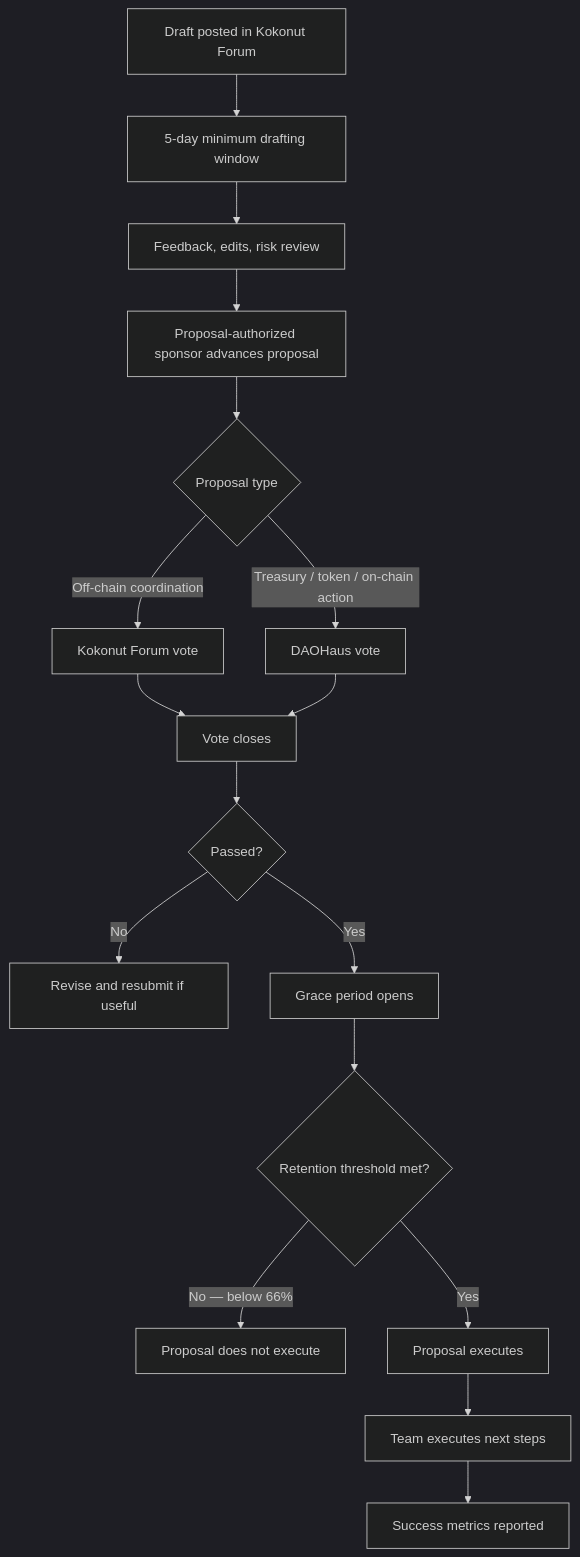
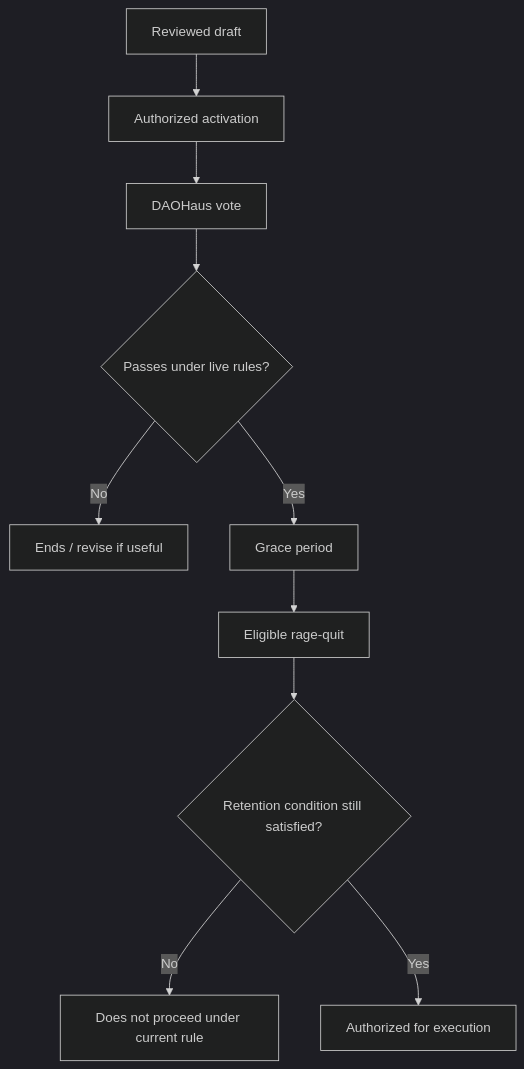
Before and after one commit to wasalo/Kokonut-Public-Site: the second of 3 diagrams in ecosystem-wiki/the-kokonut-dao/governance-framework.mdx, drawn with Mermaid (dark theme). The commit also changed other lines of this file, not shown here.

Commit message:
docs(kokonut-dao): improve governance decision process

````diff
--- a/ecosystem-wiki/the-kokonut-dao/governance-framework.mdx
+++ b/ecosystem-wiki/the-kokonut-dao/governance-framework.mdx
@@ -105,19 +273,15 @@
 ```mermaid
 flowchart TD
-    A["Draft posted in Kokonut Forum"] --> B["5-day minimum drafting window"]
-    B --> C["Feedback, edits, risk review"]
-    C --> D["Proposal-authorized sponsor advances proposal"]
-    D --> E{"Proposal type"}
-    E -->|"Off-chain coordination"| F["Kokonut Forum vote"]
-    E -->|"Treasury / token / on-chain action"| G["DAOHaus vote"]
-    F --> H["Vote closes"]
-    G --> H
-    H --> I{"Passed?"}
-    I -->|"No"| J["Revise and resubmit if useful"]
-    I -->|"Yes"| K["Grace period opens"]
-    K --> L{"Retention threshold met?"}
-    L -->|"No — below 66%"| M["Proposal does not execute"]
-    L -->|"Yes"| N["Proposal executes"]
-    N --> O["Team executes next steps"]
-    O --> P["Success metrics reported"]
+    A["Reviewed draft"] --> B["Authorized activation"]
+    B --> C["DAOHaus vote"]
+    C --> D{"Passes under live rules?"}
+
+    D -->|"No"| E["Ends / revise if useful"]
+    D -->|"Yes"| F["Grace period"]
+
+    F --> G["Eligible rage-quit"]
+    G --> H{"Retention condition still satisfied?"}
+
+    H -->|"No"| I["Does not proceed under current rule"]
+    H -->|"Yes"| J["Authorized for execution"]
 ```
````
